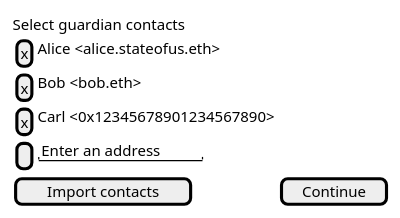
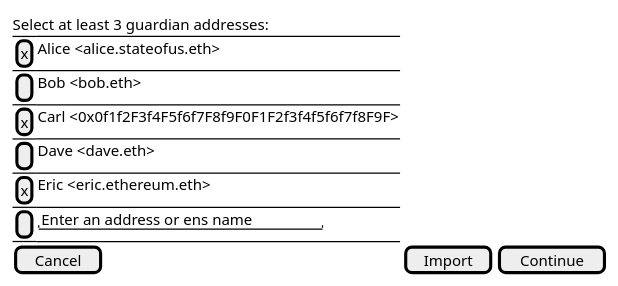
Before and after one commit to ethereum/EIPs: the eighth of 11 diagrams in EIPS/eip-2429.md, drawn with PlantUML. The commit also changed other lines of this file, not shown here.

````diff
--- a/EIPS/eip-2429.md
+++ b/EIPS/eip-2429.md
@@ -273,14 +295,16 @@
 ```plantuml
 @startsalt
 {
-    Select guardian contacts 
-    {
-        [x]  |  Alice <alice.stateofus.eth> 
-        [x]  |  Bob <bob.eth>
-        [x]  |  Carl <0x12345678901234567890>
-        [ ]  |  "Enter an address" 
+    Select at least 3 guardian addresses: 
+    {-
+        [x] | Alice <alice.stateofus.eth> 
+        [ ] | Bob <bob.eth>
+        [x] | Carl <0x0f1f2F3f4F5f6f7F8f9F0F1F2f3f4f5f6f7f8F9F>
+        [ ] | Dave <dave.eth>
+        [x] | Eric <eric.ethereum.eth> 
+        [ ] | "Enter an address or ens name" 
     }
-    [ Import contacts ] | [ Continue ]
+    [ Cancel ] | [ Import ] | [ Continue ]
 }
 @endsalt
 ```
````
